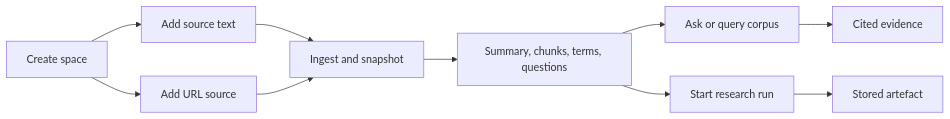
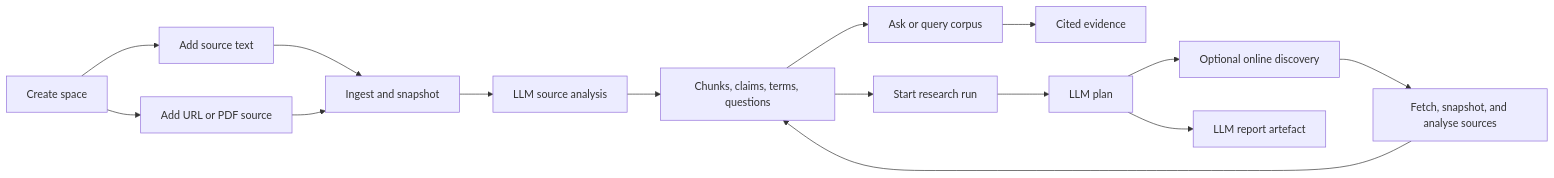
Before and after one commit to AndrewNeudegg/lab: the diagram in docs/knowledge-space.md, drawn with Mermaid. The commit also changed other lines of this file and 22 other files, not shown here.

````diff
--- a/docs/knowledge-space.md
+++ b/docs/knowledge-space.md
@@ -7,12 +7,17 @@
 ```mermaid
 flowchart LR
   Space[Create space] --> Source[Add source text]
-  Space --> URL[Add URL source]
+  Space --> URL[Add URL or PDF source]
   Source --> Process[Ingest and snapshot]
   URL --> Process
-  Process --> Index[Summary, chunks, terms, questions]
+  Process --> Analyse[LLM source analysis]
+  Analyse --> Index[Chunks, claims, terms, questions]
   Index --> Ask[Ask or query corpus]
   Ask --> Evidence[Cited evidence]
   Index --> Run[Start research run]
-  Run --> Report[Stored artefact]
+  Run --> Plan[LLM plan]
+  Plan --> Discover[Optional online discovery]
+  Discover --> Import[Fetch, snapshot, and analyse sources]
+  Import --> Index
+  Plan --> Report[LLM report artefact]
 ```
````
